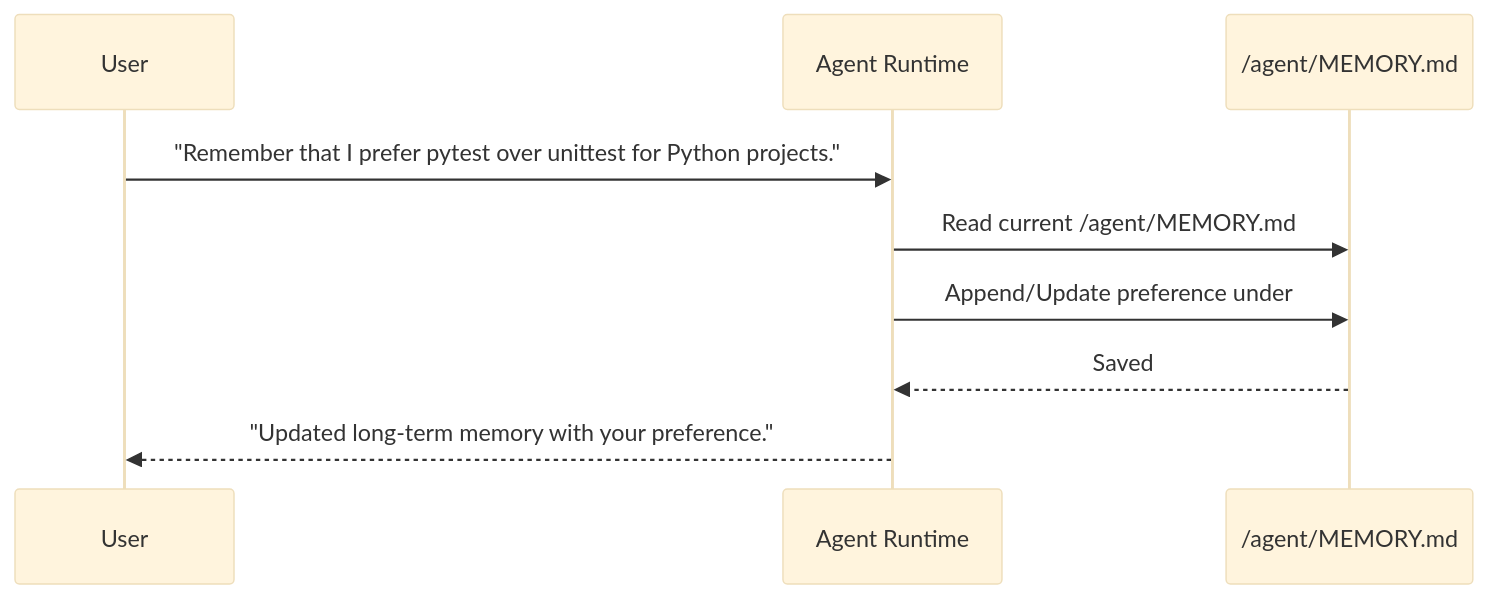
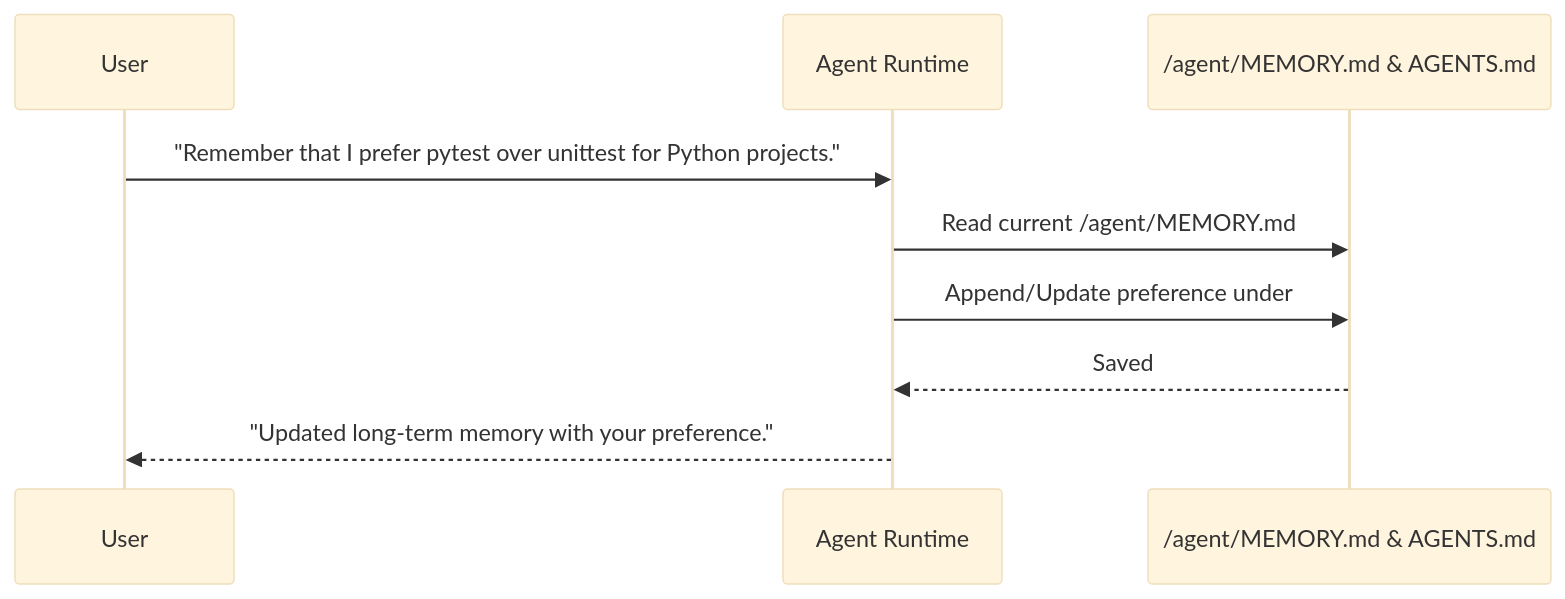
One commit to arrase/ollama-agent changed the diagram in docs/skills_tasks_memory.md. Above: the diagram before and after it, drawn with Mermaid (base theme). The commit also changed other lines of this file and 11 other files, not shown here.

````diff
--- a/docs/skills_tasks_memory.md
+++ b/docs/skills_tasks_memory.md
@@ -131,12 +153,12 @@
 ```mermaid
 sequenceDiagram
     participant User
     participant Agent as Agent Runtime
-    participant Mem as /agent/MEMORY.md
+    participant Mem as /agent/MEMORY.md & AGENTS.md
     
     User->>Agent: "Remember that I prefer pytest over unittest for Python projects."
     Agent->>Mem: Read current /agent/MEMORY.md
     Agent->>Mem: Append/Update preference under # User Preferences
     Mem-->>Agent: Saved
     Agent-->>User: "Updated long-term memory with your preference."
 ```
````
